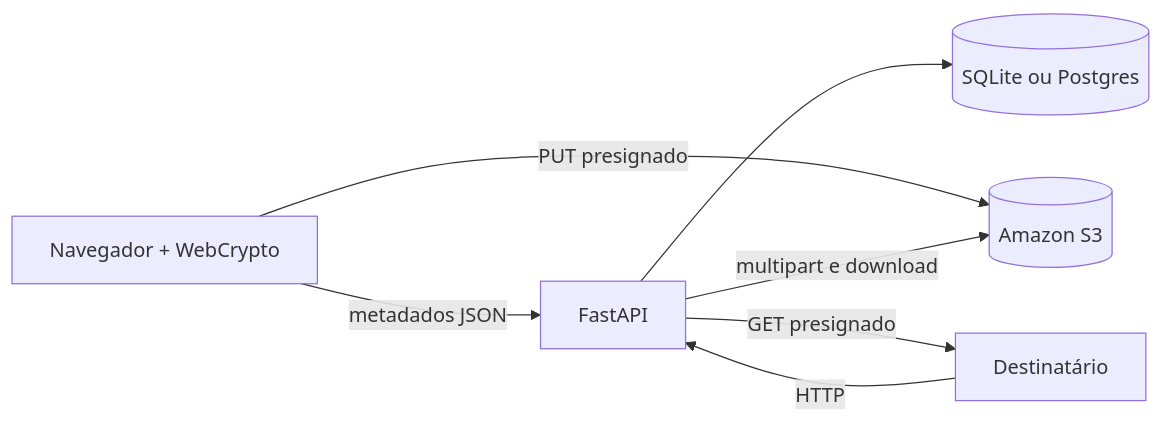
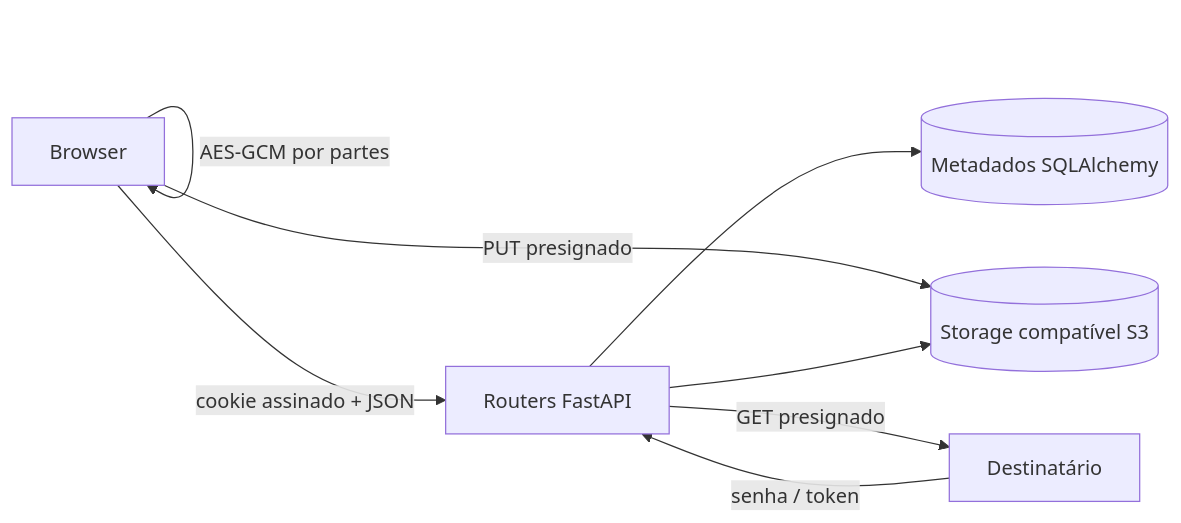
Before and after one commit to FrancisWorld/vaultdrop: the diagram in README.pt-BR.md, drawn with Mermaid. The commit also changed other lines of this file and 3 other files, not shown here.

Commit message:
docs: document architecture, verification, and limits

````diff
--- a/README.pt-BR.md
+++ b/README.pt-BR.md
@@ -15,9 +13,10 @@
 ```mermaid
 flowchart LR
-  Browser[Navegador + WebCrypto] -->|metadados JSON| API[FastAPI]
-  Browser -->|PUT presignado| S3[(Amazon S3)]
-  API --> DB[(SQLite ou Postgres)]
-  API -->|multipart e download| S3
-  Share[Destinatário] -->|HTTP| API
-  API -->|GET presignado| Share
+  Browser -->|AES-GCM por partes| Browser
+  Browser -->|cookie assinado + JSON| API[Routers FastAPI]
+  Browser -->|PUT presignado| S3[(Storage compatível S3)]
+  API --> DB[(Metadados SQLAlchemy)]
+  API --> S3
+  Recipient[Destinatário] -->|senha / token| API
+  API -->|GET presignado| Recipient
 ```
````
